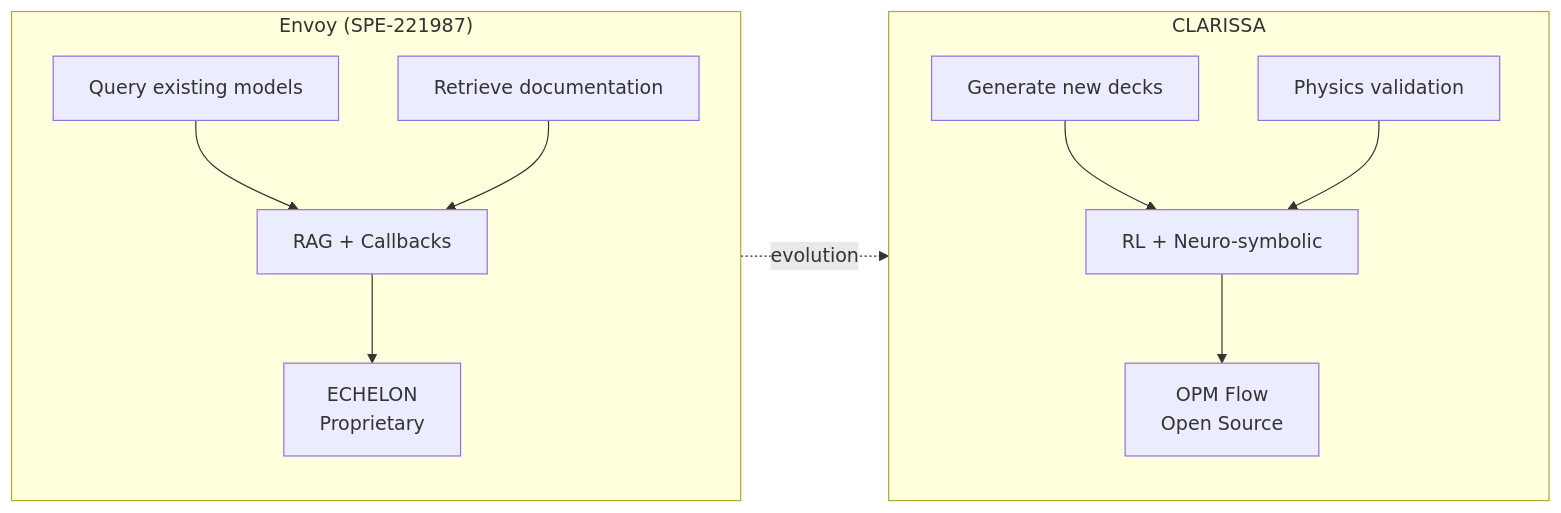
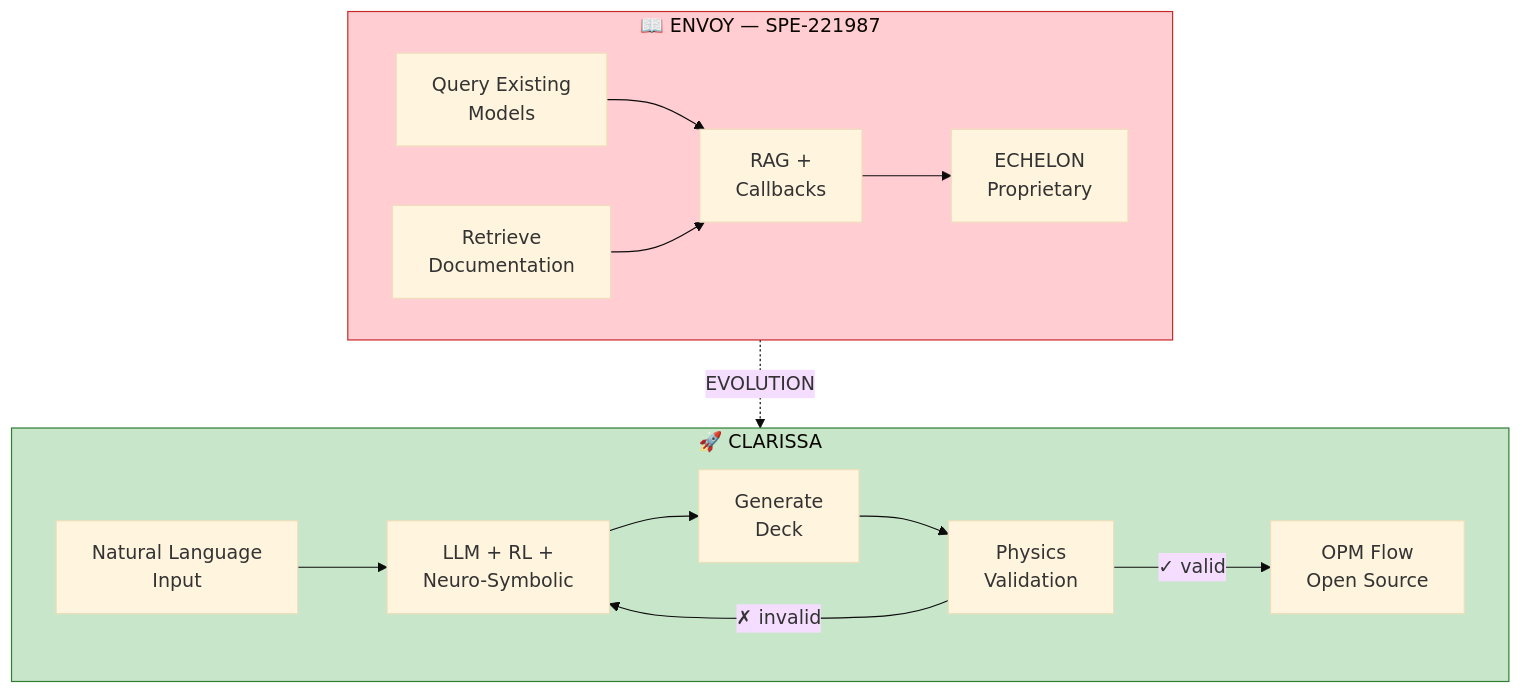
The diagram in conference/spe-europe-2026/diagrams/comparison.mmd (wolfram-laube/clarissa), drawn with Mermaid before and after one commit. The commit also changed 5 other files, not shown here.

First line of the commit message:
docs: update Mermaid diagram sources with corrections

```diff
--- a/conference/spe-europe-2026/diagrams/comparison.mmd
+++ b/conference/spe-europe-2026/diagrams/comparison.mmd
@@ -1,24 +1,31 @@
-flowchart LR
-    subgraph ENVOY["Envoy (SPE-221987)"]
-        direction TB
-        E1[Query existing models]
-        E2[Retrieve documentation]
-        E3[RAG + Callbacks]
-        E4[ECHELON<br/>Proprietary]
+%%{init: {'theme': 'base', 'themeVariables': {'fontSize': '16px'}}}%%
+flowchart TB
+    subgraph ENVOY["📖 ENVOY — SPE-221987"]
+        E1["Query Existing<br/>Models"]
+        E2["Retrieve<br/>Documentation"]
+        E3["RAG +<br/>Callbacks"]
+        E4["ECHELON<br/>Proprietary"]
+        
         E1 --> E3
         E2 --> E3
         E3 --> E4
     end
 
-    subgraph CLARISSA["CLARISSA"]
-        direction TB
-        C1[Generate new decks]
-        C2[Physics validation]
-        C3[RL + Neuro-symbolic]
-        C4[OPM Flow<br/>Open Source]
-        C1 --> C3
+    subgraph CLARISSA["🚀 CLARISSA"]
+        C1["Natural Language<br/>Input"]
+        C2["LLM + RL +<br/>Neuro-Symbolic"]
+        C3["Generate<br/>Deck"]
+        C4["Physics<br/>Validation"]
+        C5["OPM Flow<br/>Open Source"]
+        
+        C1 --> C2
         C2 --> C3
         C3 --> C4
+        C4 -->|"✓ valid"| C5
+        C4 -->|"✗ invalid"| C2
     end
 
-    ENVOY -.->|"evolution"| CLARISSA
+    ENVOY -.->|"EVOLUTION"| CLARISSA
+
+    style ENVOY fill:#ffcdd2,stroke:#c62828
+    style CLARISSA fill:#c8e6c9,stroke:#2e7d32
```
